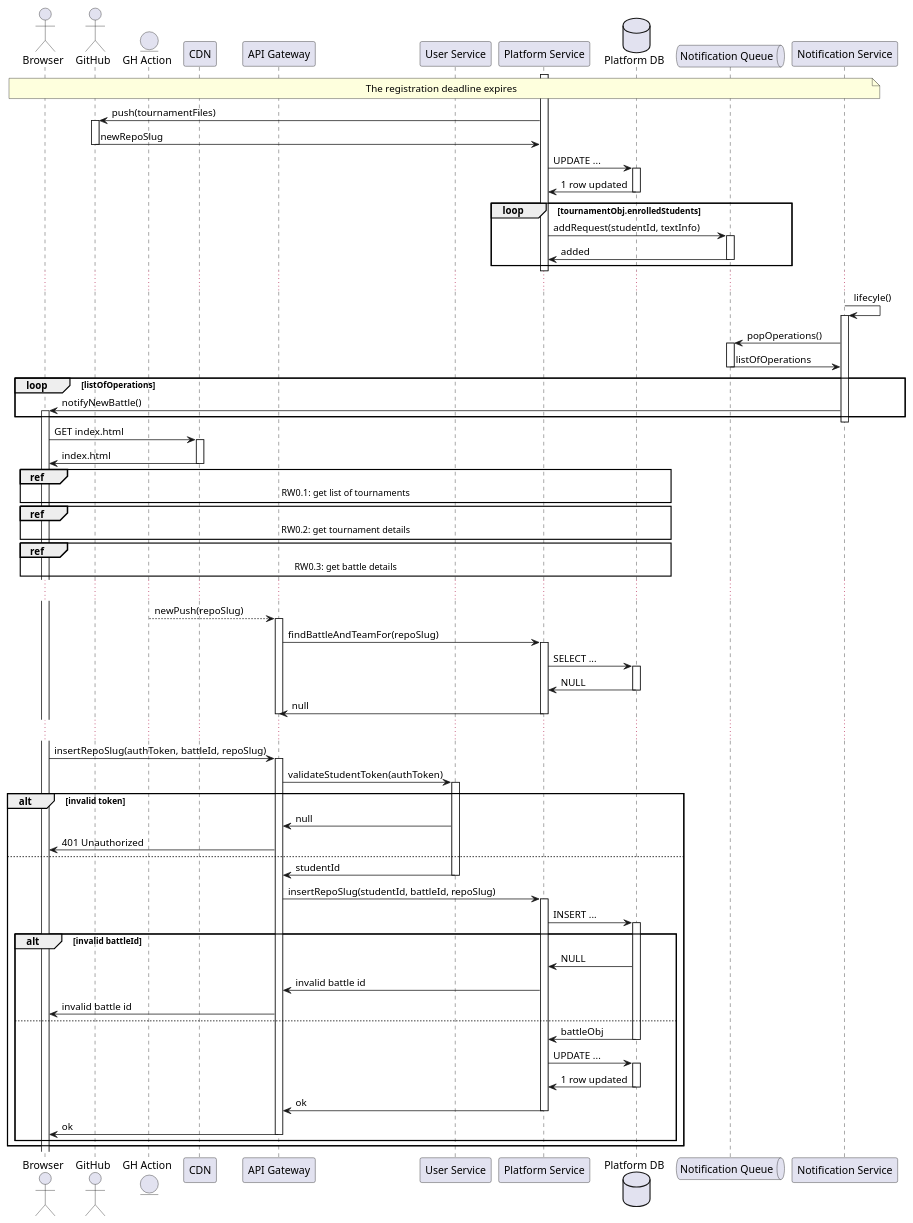
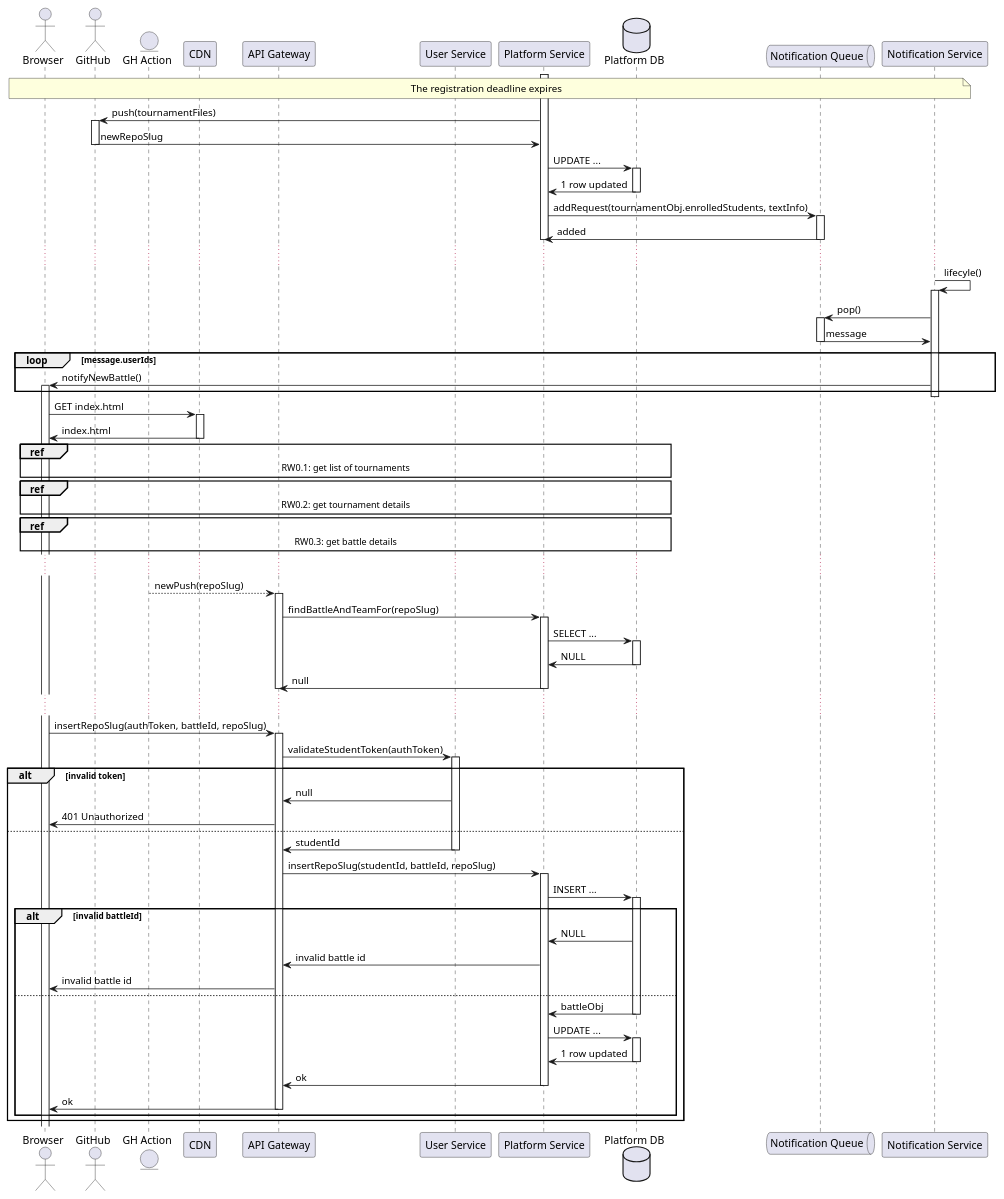
One commit to Furrrlo/CodeKataBattle changed the diagram in dd/puml/rw6.puml. Above: the diagram before and after it, drawn with PlantUML. The commit also changed 4 other files, not shown here.

```diff
--- a/dd/puml/rw6.puml
+++ b/dd/puml/rw6.puml
@@ -1,86 +1,85 @@
 @startuml RW9 - Educator closes a tournament
 
 actor Browser
 actor "GitHub" as gh
 entity "GH Action" as gha
 participant CDN
 participant "API Gateway" as gateway
 participant "User Service" as auth
 
 participant "Platform Service" as platform
 database "Platform DB" as platformDb
 
 participant "Platform Service" as platform
 database "Platform DB" as platformDb
 
 queue  "Notification Queue" as notificationQueue
 participant "Notification Service" as notification
 
 note across: The registration deadline expires
 
 activate platform
 platform -> gh ++ : push(tournamentFiles)
 platform <- gh -- : newRepoSlug
 platform -> platformDb ++ : UPDATE ...
 platform <- platformDb -- : 1 row updated
 
-loop tournamentObj.enrolledStudents
-    platform -> notificationQueue ++ : addRequest(studentId, textInfo)
-    platform <- notificationQueue --: added
-end
+platform -> notificationQueue ++ : addRequest(tournamentObj.enrolledStudents, textInfo)
+platform <- notificationQueue --: added
+
 deactivate platform
 
 ...
 notification -> notification ++ : lifecyle()
-notification -> notificationQueue ++: popOperations()
-notification <- notificationQueue --:listOfOperations
+notification -> notificationQueue ++: pop()
+notification <- notificationQueue --: message
 
-loop listOfOperations
+loop message.userIds
     notification -> Browser ++: notifyNewBattle()
 end
 deactivate notification
 
 activate Browser
 Browser -> CDN ++ : GET index.html
 Browser <- CDN -- : index.html
 
 ref over Browser, gateway, auth, platform, platformDb: RW0.1: get list of tournaments
 ref over Browser, gateway, auth, platform, platformDb: RW0.2: get tournament details
 ref over Browser, gateway, auth, platform, platformDb: RW0.3: get battle details
 
 ...
 gha --> gateway ++ : newPush(repoSlug)
 gateway -> platform ++ : findBattleAndTeamFor(repoSlug)
 platform -> platformDb ++ : SELECT ...  
 platform <- platformDb -- : NULL
 gateway <- platform -- : null
 deactivate gateway
 ...
 
 Browser -> gateway ++ : insertRepoSlug(authToken, battleId, repoSlug)
 gateway -> auth ++ : validateStudentToken(authToken)
 alt invalid token
     gateway <- auth : null
     Browser <- gateway : 401 Unauthorized
 else
     gateway <- auth -- : studentId
     gateway -> platform ++ : insertRepoSlug(studentId, battleId, repoSlug)
 
     platform -> platformDb ++ : INSERT ...
 
     alt invalid battleId
         platform <- platformDb : NULL
         gateway <- platform : invalid battle id
         Browser <- gateway : invalid battle id
     else
         platform <- platformDb -- : battleObj
         platform -> platformDb ++ : UPDATE ...
         platform <- platformDb -- : 1 row updated
 
         gateway <- platform -- : ok
         Browser <- gateway -- : ok
     end
 end
 
 
 @enduml
```
